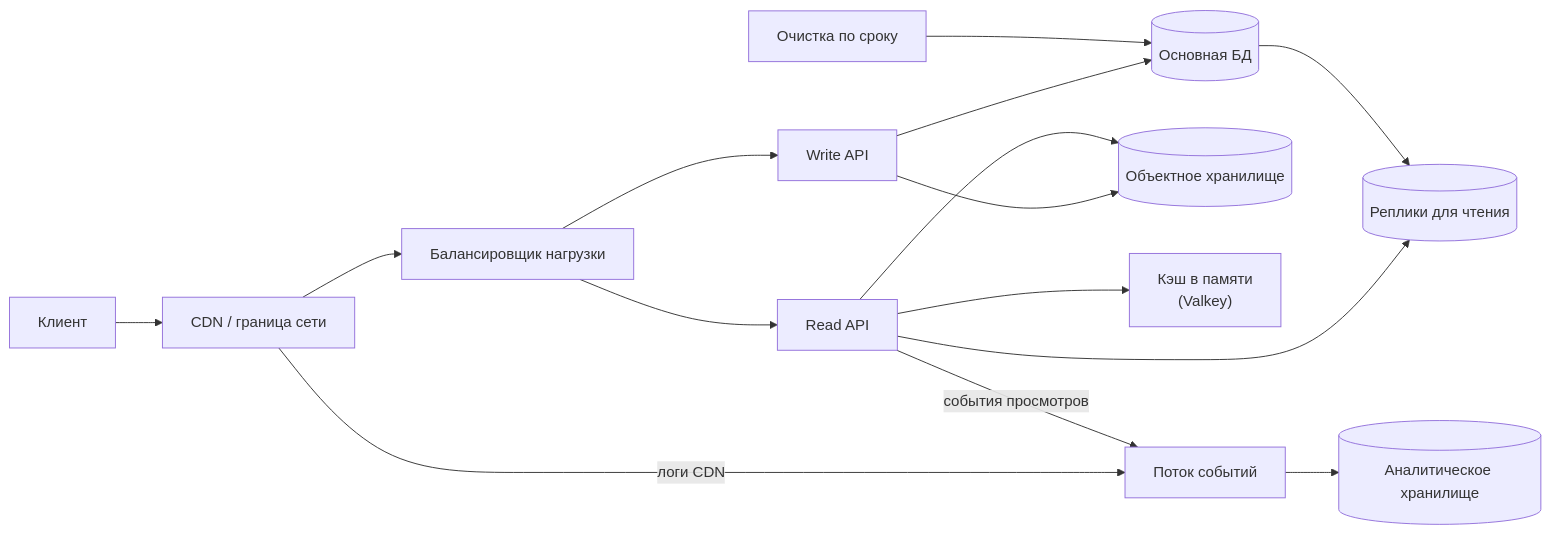
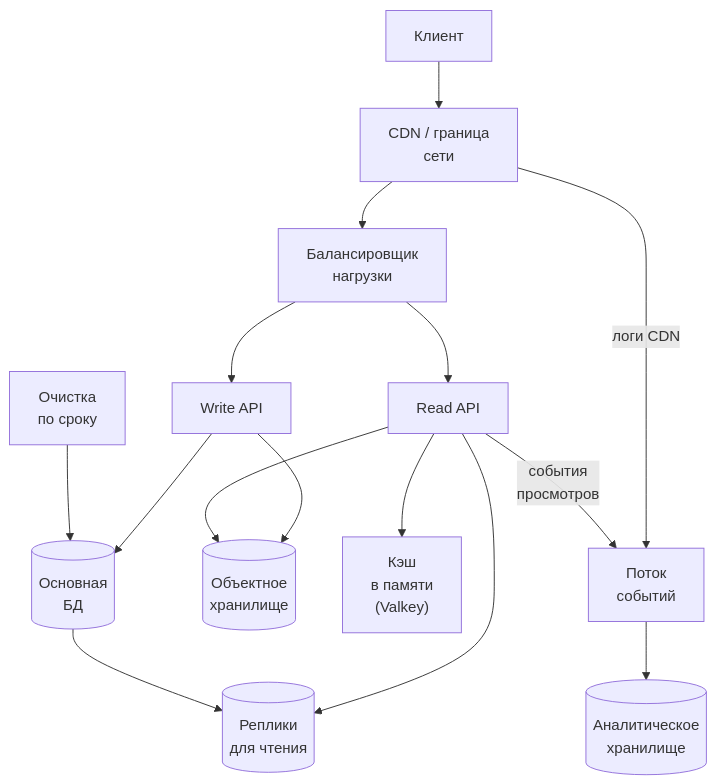
One commit to butyavk/system-design changed the second of 2 diagrams in src/content/docs/ru/practice/url-shortener-pastebin.mdx. Above: the diagram before and after it, drawn with Mermaid. The commit also changed other lines of this file and 144 other files, not shown here.

````diff
--- a/src/content/docs/ru/practice/url-shortener-pastebin.mdx
+++ b/src/content/docs/ru/practice/url-shortener-pastebin.mdx
@@ -344,17 +344,17 @@
 ```mermaid
-flowchart LR
-  client["Клиент"] --> cdn["CDN / граница сети"]
-  cdn --> lb["Балансировщик нагрузки"]
+flowchart TB
+  client["Клиент"] --> cdn["CDN / граница<br/>сети"]
+  cdn --> lb["Балансировщик<br/>нагрузки"]
   lb --> writeapi["Write API"]
   lb --> readapi["Read API"]
-  writeapi --> primary[("Основная БД")]
-  writeapi --> obj[("Объектное хранилище")]
-  readapi --> cache["Кэш в памяти<br/>(Valkey)"]
-  readapi --> replica[("Реплики для чтения")]
+  writeapi --> primary[("Основная<br/>БД")]
+  writeapi --> obj[("Объектное<br/>хранилище")]
+  readapi --> cache["Кэш<br/>в памяти<br/>(Valkey)"]
+  readapi --> replica[("Реплики<br/>для чтения")]
   readapi --> obj
   primary --> replica
-  cdn -->|"логи CDN"| stream["Поток событий"]
-  readapi -->|"события просмотров"| stream
-  stream --> olap[("Аналитическое хранилище")]
-  sweeper["Очистка по сроку"] --> primary
+  cdn -->|"логи CDN"| stream["Поток<br/>событий"]
+  readapi -->|"события<br/>просмотров"| stream
+  stream --> olap[("Аналитическое<br/>хранилище")]
+  sweeper["Очистка<br/>по сроку"] --> primary
 ```
````
